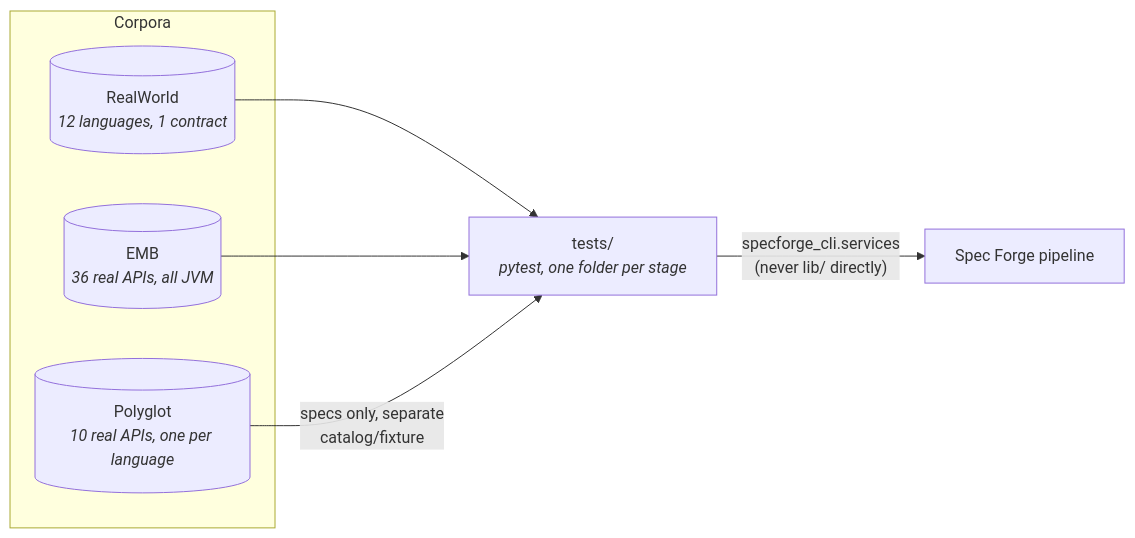
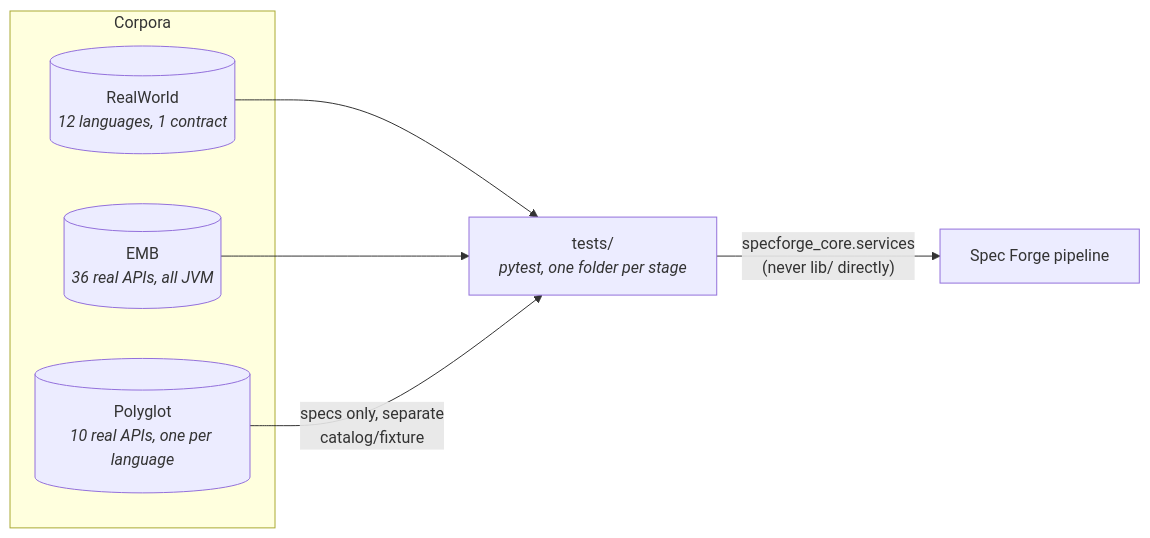
Before and after one commit to Spec-Forge-Testing/specforge-docs: the diagram in docs/testing/index.md, drawn with Mermaid. The commit also changed 6 other files, not shown here.

Commit message:
docs(core): retirar cli-internals y reconciliar el nombre del paquete

````diff
--- a/docs/testing/index.md
+++ b/docs/testing/index.md
@@ -86,12 +86,12 @@
 ```mermaid
 flowchart LR
     subgraph Corpora
         RW[("RealWorld<br/><i>12 languages, 1 contract</i>")]
         EMB[("EMB<br/><i>36 real APIs, all JVM</i>")]
         POLY[("Polyglot<br/><i>10 real APIs, one per language</i>")]
     end
     RW --> Suite["tests/<br/><i>pytest, one folder per stage</i>"]
     EMB --> Suite
     POLY -->|"specs only, separate<br/>catalog/fixture"| Suite
-    Suite -->|"specforge_cli.services<br/>(never lib/ directly)"| Pipeline["Spec Forge pipeline"]
+    Suite -->|"specforge_core.services<br/>(never lib/ directly)"| Pipeline["Spec Forge pipeline"]
 ```
````
